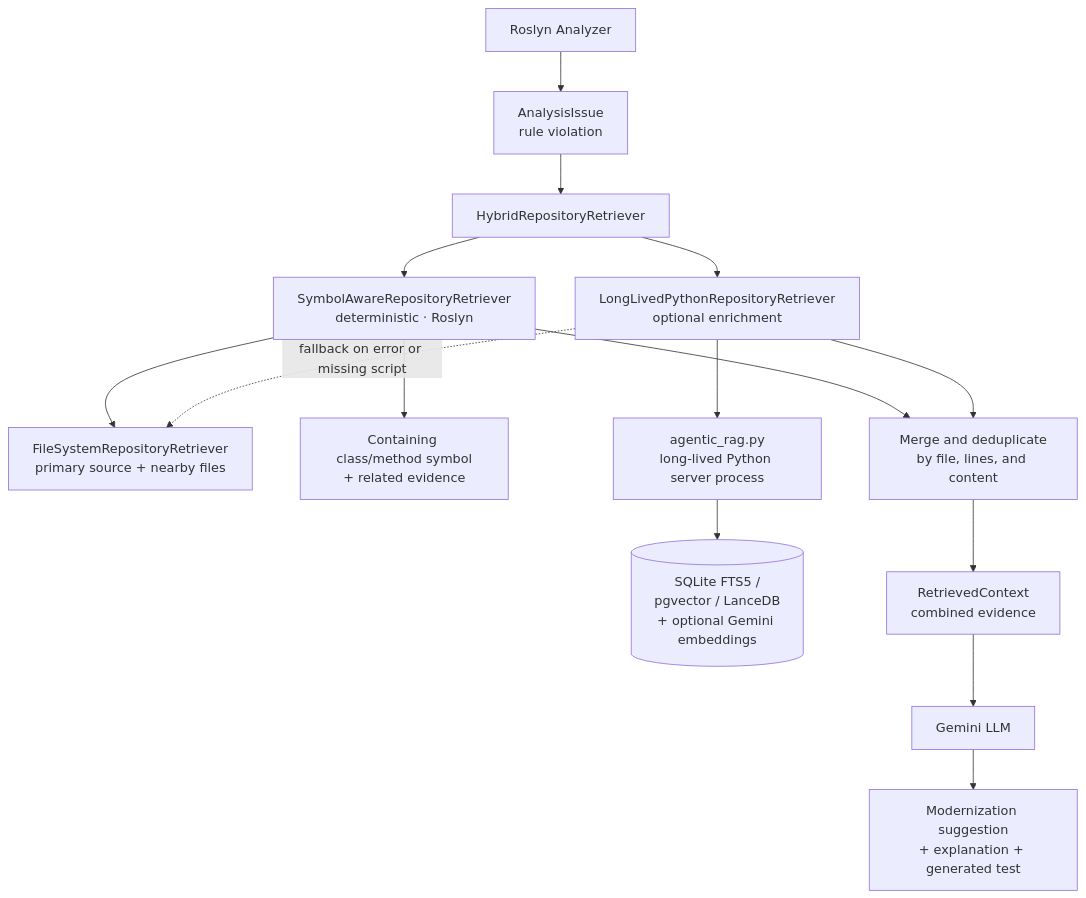
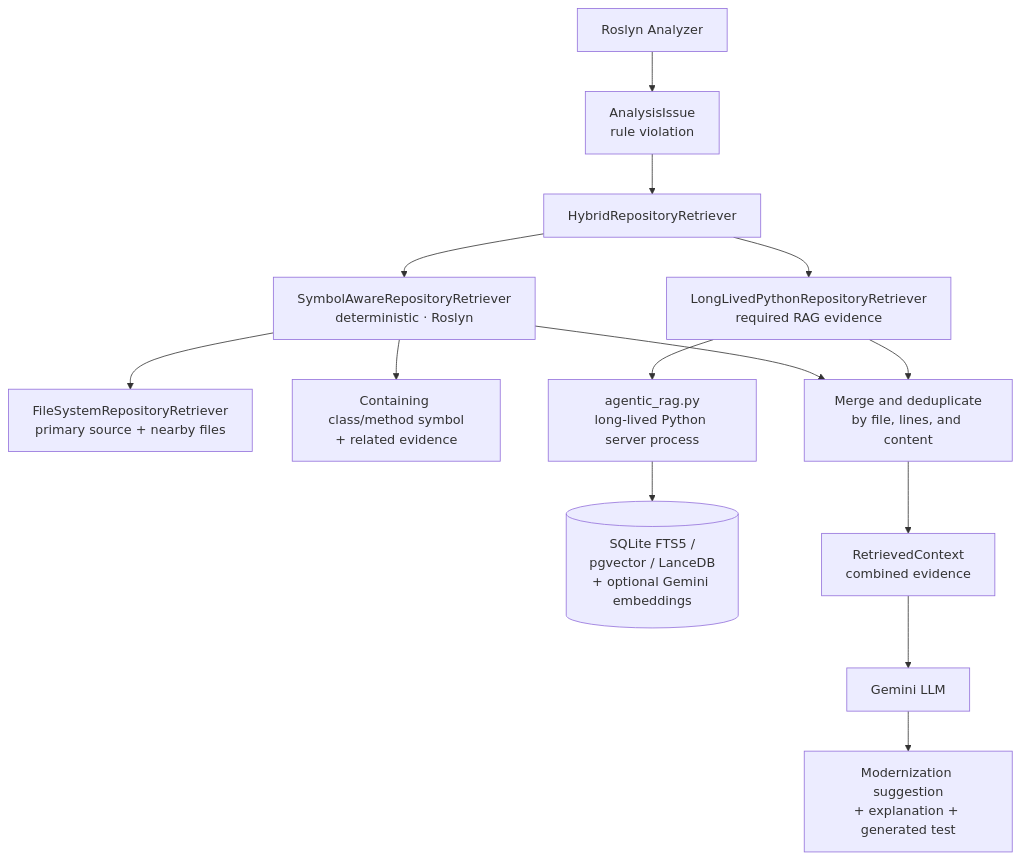
Before and after one commit to shreerachanaa1010-spec/legacy-modernization-copilot: the second of 2 diagrams in README.md, drawn with Mermaid. The commit also changed other lines of this file and 33 other files, not shown here.

````diff
--- a/README.md
+++ b/README.md
@@ -59,22 +61,20 @@
 ```mermaid
 flowchart TD
   Analyzer[Roslyn Analyzer] --> Issue[AnalysisIssue<br/>rule violation]
   Issue --> Hybrid[HybridRepositoryRetriever]
 
   Hybrid --> Symbol[SymbolAwareRepositoryRetriever<br/>deterministic · Roslyn]
-  Hybrid --> Python[LongLivedPythonRepositoryRetriever<br/>optional enrichment]
+  Hybrid --> Python[LongLivedPythonRepositoryRetriever<br/>required RAG evidence]
 
   Symbol --> FS[FileSystemRepositoryRetriever<br/>primary source + nearby files]
   Symbol --> Symbols[Containing class/method symbol<br/>+ related evidence]
 
   Python --> Agent[agentic_rag.py<br/>long-lived Python server process]
   Agent --> Stores[(SQLite FTS5 /<br/>pgvector / LanceDB<br/>+ optional Gemini embeddings)]
-  Python -. fallback on error or missing script .-> FS
-
   Symbol --> Merge[Merge and deduplicate<br/>by file, lines, and content]
   Python --> Merge
 
   Merge --> Context[RetrievedContext<br/>combined evidence]
   Context --> LLM[Gemini LLM]
   LLM --> Suggestion[Modernization suggestion<br/>+ explanation + generated test]
 ```
````
